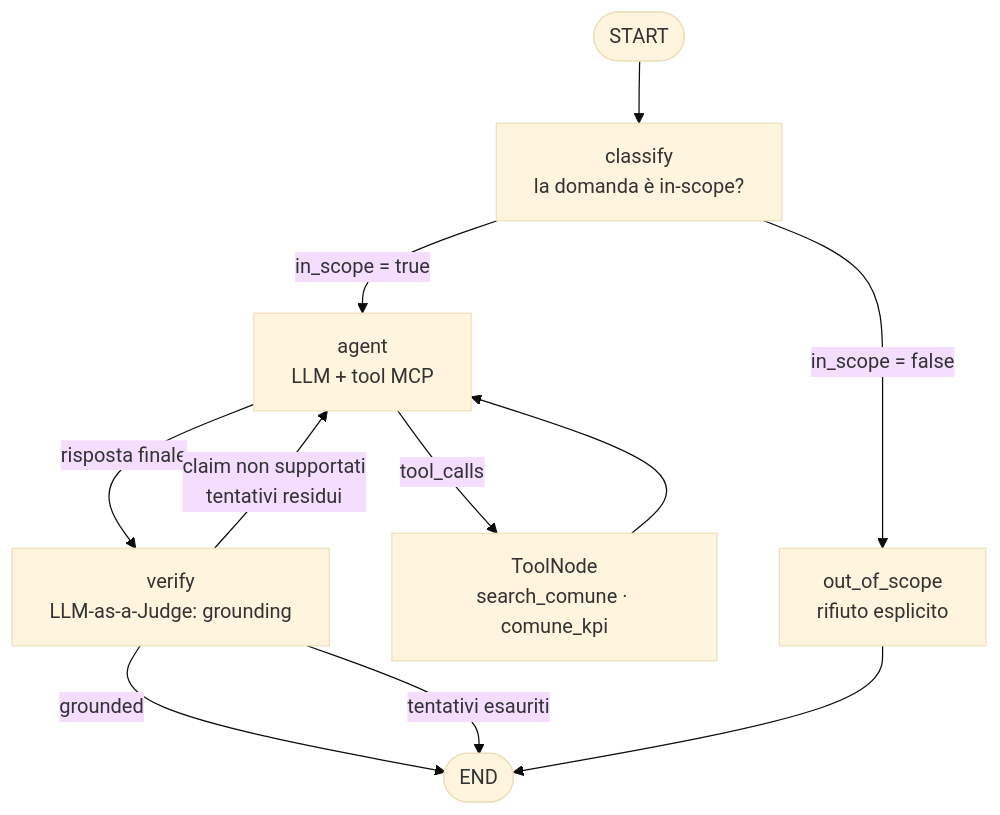
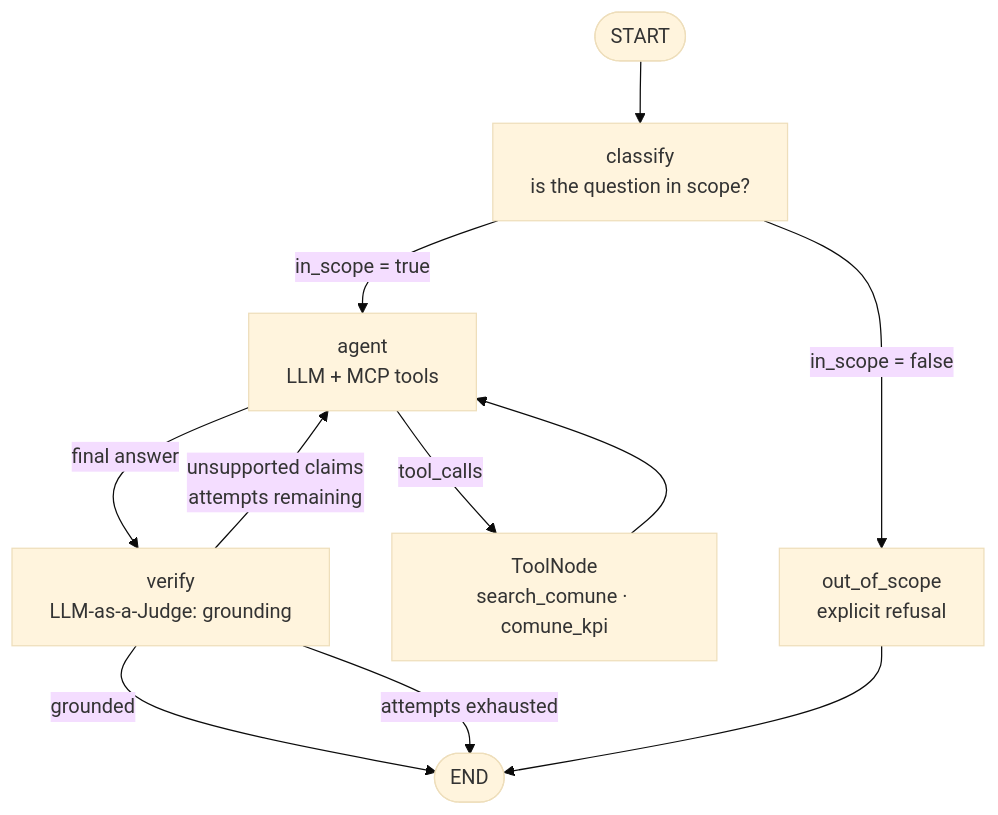
One commit to alessiopelusi/cruscotto-italia-agent changed the diagram in README.md. Above: the diagram before and after it, drawn with Mermaid (base theme). The commit also changed other lines of this file, not shown here.

````diff
--- a/README.md
+++ b/README.md
@@ -31,13 +31,13 @@
 ```mermaid
 flowchart TD
-    S([START]) --> C[classify<br/>la domanda è in-scope?]
-    C -->|in_scope = false| O[out_of_scope<br/>rifiuto esplicito]
-    C -->|in_scope = true| A[agent<br/>LLM + tool MCP]
+    S([START]) --> C[classify<br/>is the question in scope?]
+    C -->|in_scope = false| O[out_of_scope<br/>explicit refusal]
+    C -->|in_scope = true| A[agent<br/>LLM + MCP tools]
     A -->|tool_calls| T[ToolNode<br/>search_comune · comune_kpi]
     T --> A
-    A -->|risposta finale| V[verify<br/>LLM-as-a-Judge: grounding]
+    A -->|final answer| V[verify<br/>LLM-as-a-Judge: grounding]
     V -->|grounded| E([END])
-    V -->|claim non supportati<br/>tentativi residui| A
-    V -->|tentativi esauriti| E
+    V -->|unsupported claims<br/>attempts remaining| A
+    V -->|attempts exhausted| E
     O --> E
 ```
````
